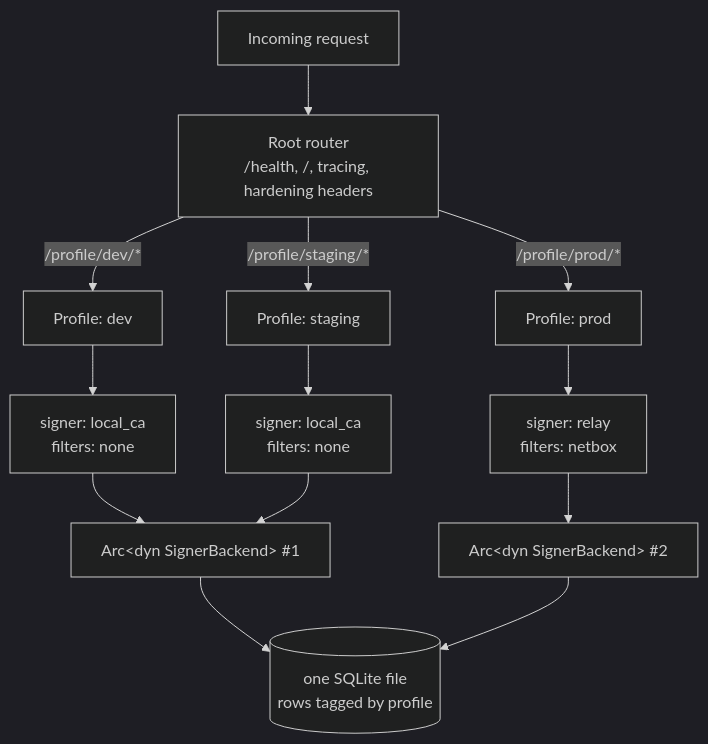
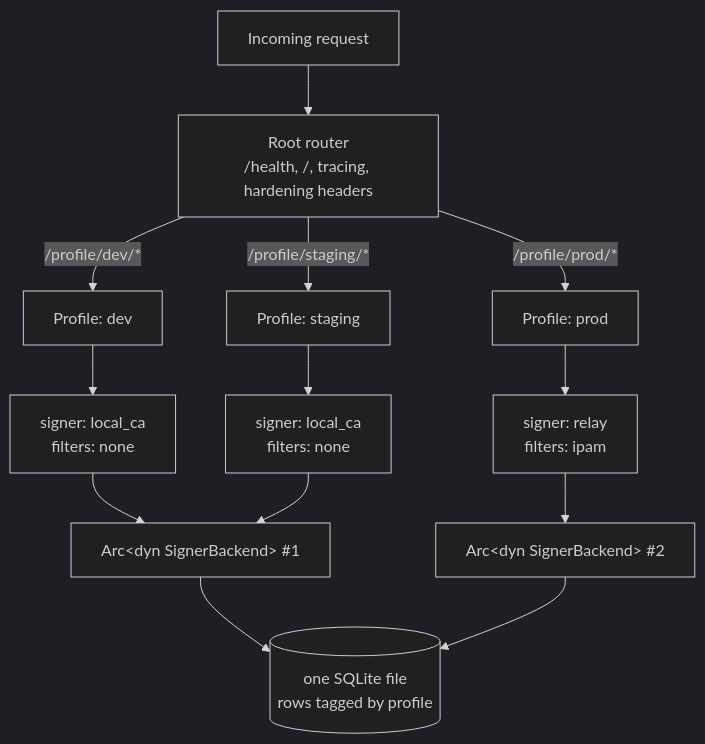
The first of 2 diagrams in doc/src/core/profiles.md (acme-proxy/acme-proxy), drawn with Mermaid (dark theme) before and after one commit. The commit also changed 43 other files, not shown here.

````diff
--- a/doc/src/core/profiles.md
+++ b/doc/src/core/profiles.md
@@ -24,18 +24,18 @@
 ```mermaid
 graph TD
     REQ["Incoming request"] --> ROOT["Root router<br/>/health, /, tracing, hardening headers"]
     ROOT -->|"/profile/dev/*"| PDEV["Profile: dev"]
     ROOT -->|"/profile/prod/*"| PPROD["Profile: prod"]
     ROOT -->|"/profile/staging/*"| PSTG["Profile: staging"]
 
     PDEV --> SDEV["signer: local_ca<br/>filters: none"]
-    PPROD --> SPROD["signer: relay<br/>filters: netbox"]
+    PPROD --> SPROD["signer: relay<br/>filters: ipam"]
     PSTG --> SSTG["signer: local_ca<br/>filters: none"]
 
     SDEV --> B1["Arc&lt;dyn SignerBackend&gt; #1"]
     SSTG --> B1
     SPROD --> B2["Arc&lt;dyn SignerBackend&gt; #2"]
 
     B1 --> DB[("one SQLite file<br/>rows tagged by profile")]
     B2 --> DB
 ```
````
